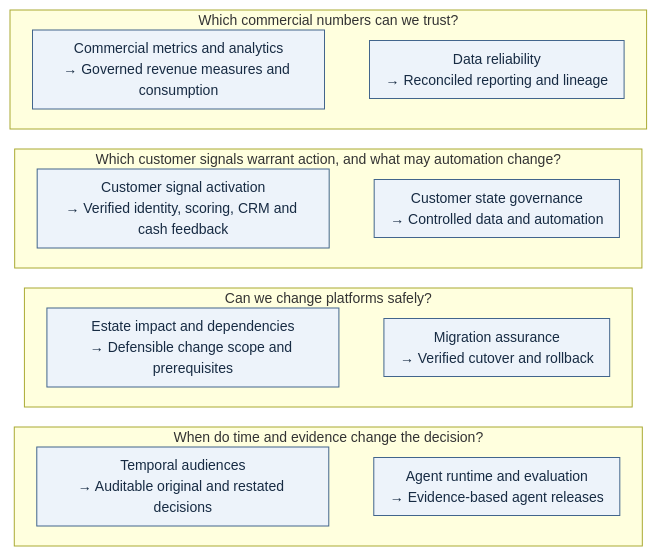
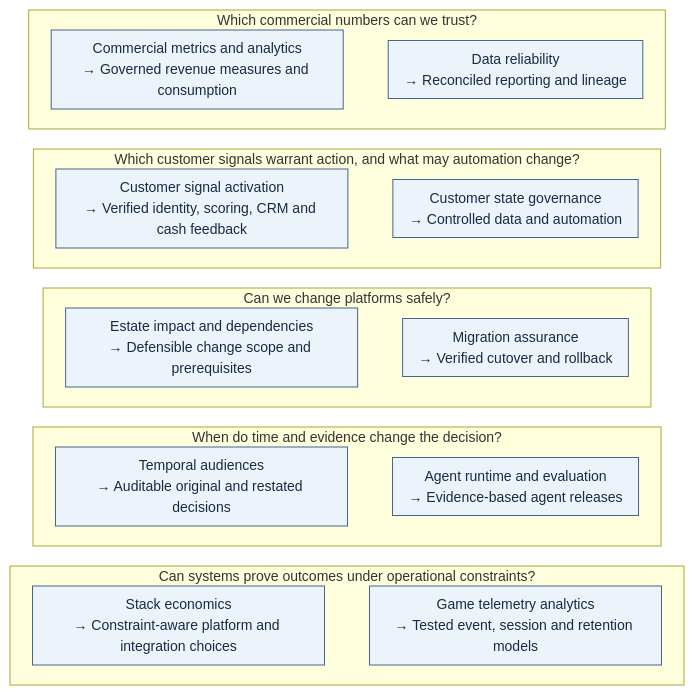
Before and after one commit to rlbsem/rlbsem: the diagram in README.md, drawn with Mermaid. The commit also changed other lines of this file, not shown here.

Commit message:
Feature all ten engineering projects and align architecture map

````diff
--- a/README.md
+++ b/README.md
@@ -11,40 +11,46 @@
 ```mermaid
 ---
 config:
   flowchart:
     nodeSpacing: 20
     rankSpacing: 20
     padding: 8
     wrappingWidth: 260
   themeVariables:
     fontSize: 14px
 ---
 flowchart TB
   subgraph M[Which commercial numbers can we trust?]
     direction LR
     Q["Commercial metrics and analytics<br/>→ Governed revenue measures and consumption"]
     R["Data reliability<br/>→ Reconciled reporting and lineage"]
     Q ~~~ R
   end
   subgraph G[Which customer signals warrant action, and what may automation change?]
     direction LR
     S["Customer signal activation<br/>→ Verified identity, scoring, CRM and cash feedback"]
     C["Customer state governance<br/>→ Controlled data and automation"]
     S ~~~ C
   end
   subgraph P[Can we change platforms safely?]
     direction LR
     L["Estate impact and dependencies<br/>→ Defensible change scope and prerequisites"]
     E["Migration assurance<br/>→ Verified cutover and rollback"]
     L ~~~ E
   end
   subgraph T[When do time and evidence change the decision?]
     direction LR
     F["Temporal audiences<br/>→ Auditable original and restated decisions"]
     D["Agent runtime and evaluation<br/>→ Evidence-based agent releases"]
     F ~~~ D
   end
-  M ~~~ G ~~~ P ~~~ T
+  subgraph X[Can systems prove outcomes under operational constraints?]
+    direction LR
+    B["Stack economics<br/>→ Constraint-aware platform and integration choices"]
+    H["Game telemetry analytics<br/>→ Tested event, session and retention models"]
+    B ~~~ H
+  end
+  M ~~~ G ~~~ P ~~~ T ~~~ X
   classDef capability fill:#edf3fa,stroke:#42658c,color:#172b43;
-  class Q,R,S,C,L,E,F,D capability;
+  class Q,R,S,C,L,E,F,D,B,H capability;
 ```
````
